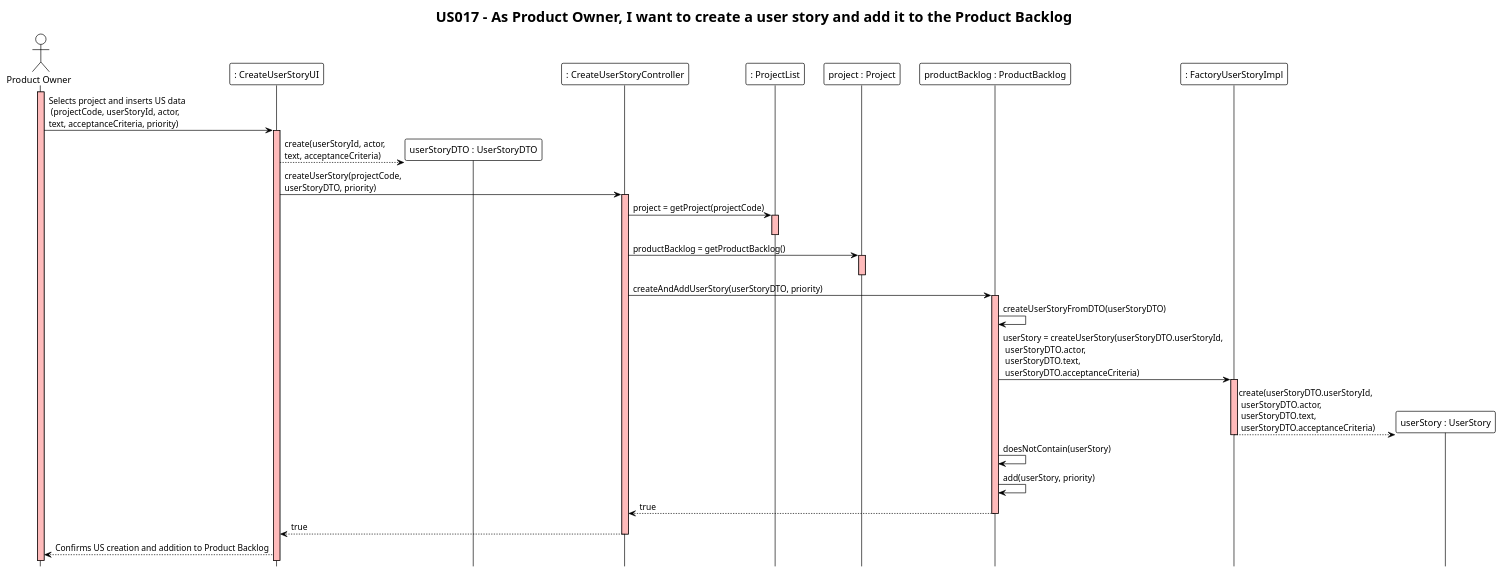
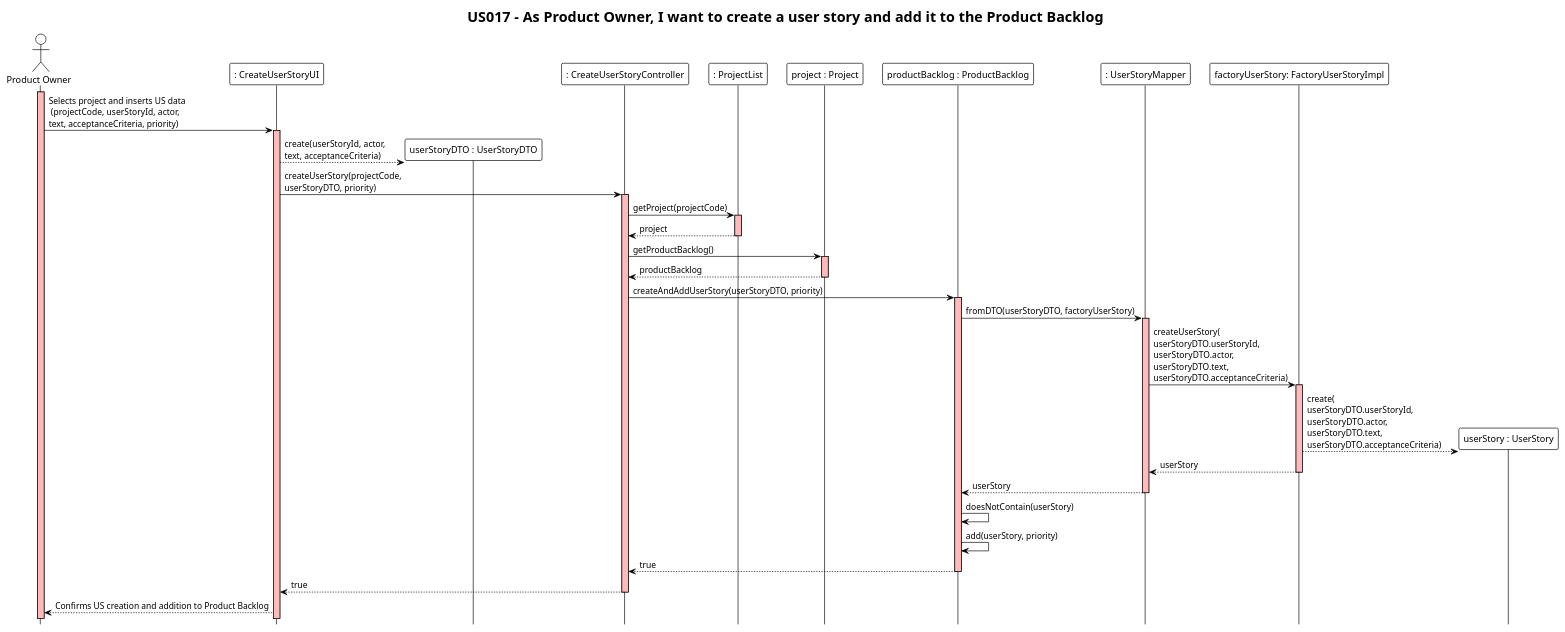
Before and after one commit to ivo-menezes/project_g3: the diagram in docs/modelling_design/user_stories/us017/US017_CreateUserStorySD.puml, drawn with PlantUML.

Commit message:
US017: Design: update Sequence Diagram: add UserStoryMapper, harmonize representations of method returns

```diff
--- a/docs/modelling_design/user_stories/us017/US017_CreateUserStorySD.puml
+++ b/docs/modelling_design/user_stories/us017/US017_CreateUserStorySD.puml
@@ -1,57 +1,65 @@
 @startuml
 !theme plain
 hide footbox
 title "US017 - As Product Owner, I want to create a user story and add it to the Product Backlog"
 
 actor "Product Owner" as user
 participant ": CreateUserStoryUI" as UI
 participant "userStoryDTO : UserStoryDTO" as dto
 participant ": CreateUserStoryController" as Controller
 participant ": ProjectList" as ProjectList
 participant "project : Project" as Project
 participant "productBacklog : ProductBacklog" as ProductBacklog
-participant ": FactoryUserStoryImpl" as Factory
+participant ": UserStoryMapper" as Mapper
+participant "factoryUserStory: FactoryUserStoryImpl" as Factory
 participant "userStory : UserStory" as UserStory
 
 
 activate user #FFBBBB
 user ->  UI: Selects project and inserts US data\n (projectCode, userStoryId, actor, \ntext, acceptanceCriteria, priority)
 
 activate UI #FFBBBB
 UI --> dto ** : create(userStoryId, actor, \ntext, acceptanceCriteria)
 UI -> Controller: createUserStory(projectCode, \nuserStoryDTO, priority)
 
 activate Controller #FFBBBB
-Controller -> ProjectList: project = getProject(projectCode)
+Controller -> ProjectList: getProject(projectCode)
 
 activate ProjectList #FFBBBB
+ProjectList --> Controller: project
 deactivate
 
-Controller -> Project : productBacklog = getProductBacklog()
+Controller -> Project : getProductBacklog()
 
 activate Project #FFBBBB
+Project --> Controller: productBacklog
 deactivate
 
 Controller -> ProductBacklog : createAndAddUserStory(userStoryDTO, priority)
 
 activate ProductBacklog #FFBBBB
-ProductBacklog -> ProductBacklog : createUserStoryFromDTO(userStoryDTO)
-ProductBacklog -> Factory : userStory = createUserStory(userStoryDTO.userStoryId,\n userStoryDTO.actor,\n userStoryDTO.text,\n userStoryDTO.acceptanceCriteria)
+ProductBacklog -> Mapper : fromDTO(userStoryDTO, factoryUserStory)
+
+activate Mapper #FFBBBB
+Mapper -> Factory : createUserStory(\nuserStoryDTO.userStoryId,\nuserStoryDTO.actor,\nuserStoryDTO.text,\nuserStoryDTO.acceptanceCriteria)
 
 activate Factory #FFBBBB
-Factory --> UserStory ** : create(userStoryDTO.userStoryId,\n userStoryDTO.actor,\n userStoryDTO.text,\n userStoryDTO.acceptanceCriteria)
+Factory --> UserStory ** : create(\nuserStoryDTO.userStoryId,\nuserStoryDTO.actor,\nuserStoryDTO.text,\nuserStoryDTO.acceptanceCriteria)
+Factory --> Mapper : userStory
 deactivate Factory
+
+Mapper --> ProductBacklog: userStory
+deactivate Mapper
 
 ProductBacklog -> ProductBacklog : doesNotContain(userStory)
 ProductBacklog -> ProductBacklog : add(userStory, priority)
 
 ProductBacklog --> Controller : true
 deactivate
 
 Controller --> UI : true
 deactivate
 
 UI --> user : Confirms US creation and addition to Product Backlog
 
-
 @enduml
```
